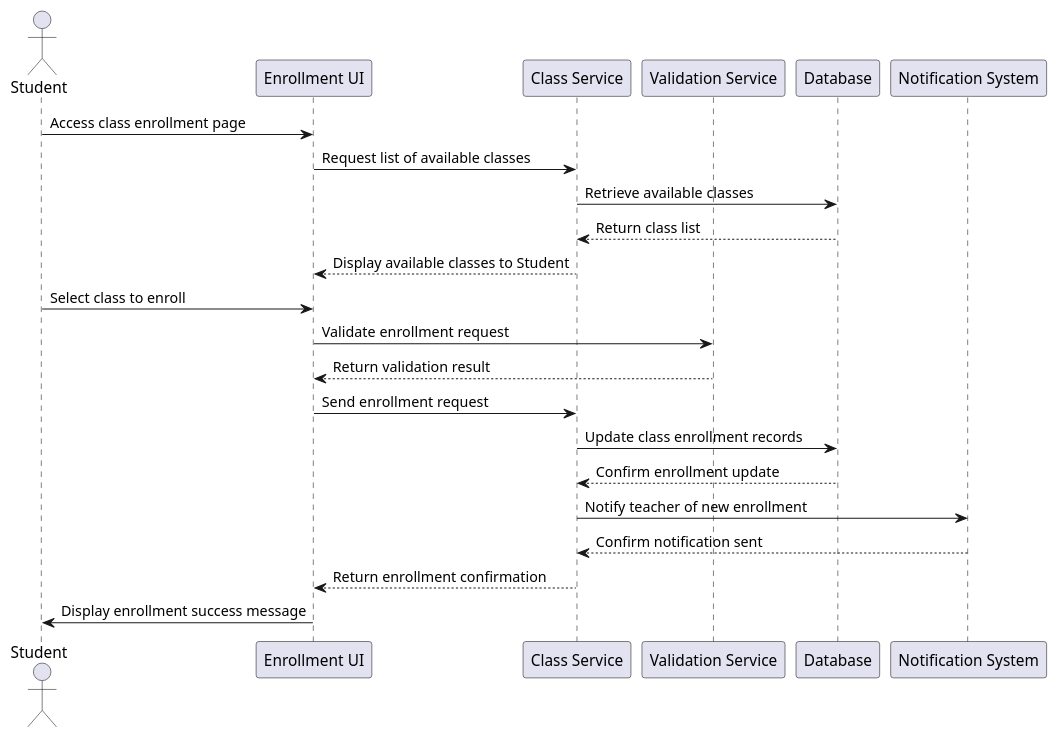
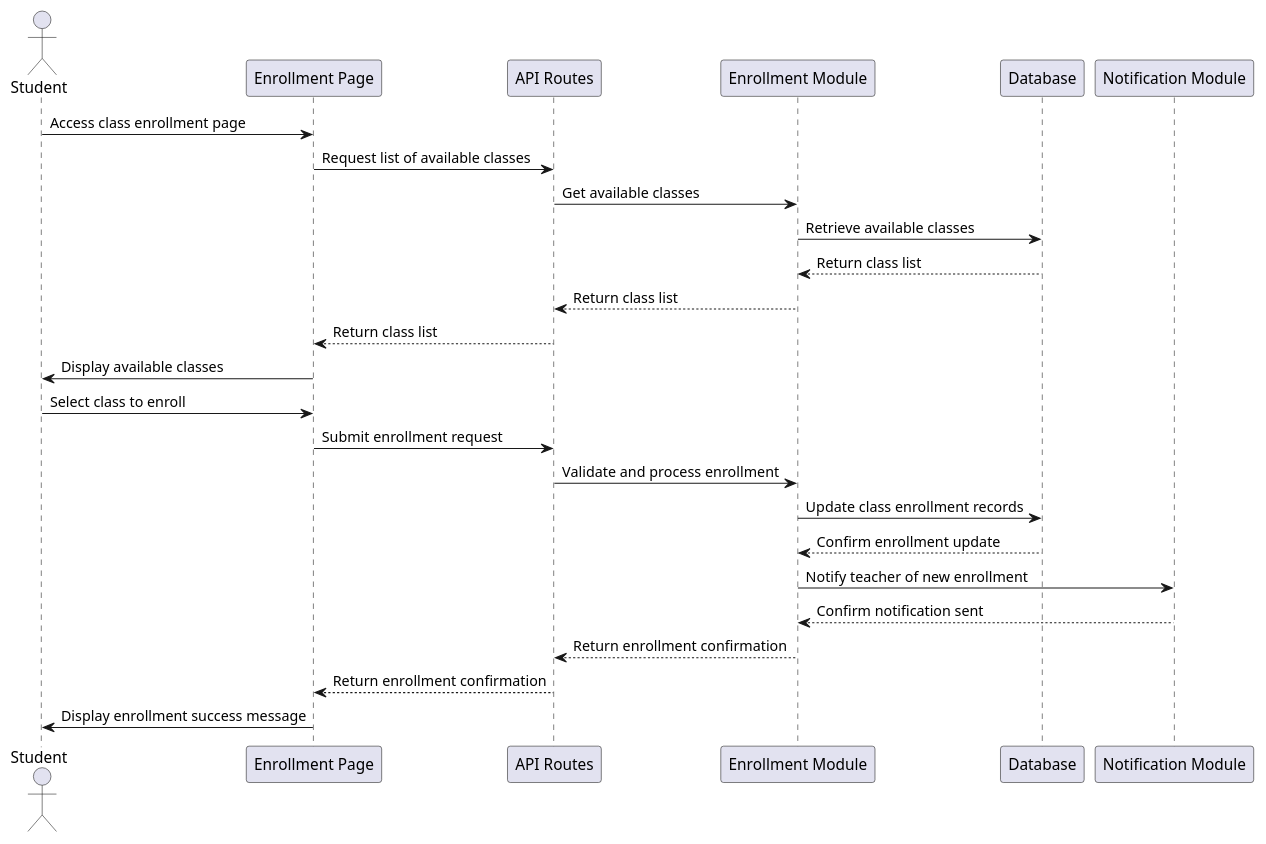
The diagram in projects/jamc/design/diagrams/enrollment-sequence-diagram.puml (alexajuno/notes), drawn with PlantUML before and after one commit. The commit also changed 37 other files, not shown here.

Commit message:
Refactor JAMC project documentation and diagrams; update workspace settings in Obsidian. Removed outdated daily notes and added new diagrams for class management, course monetization, and user registration processes. Updated workspace.json to reflect recent changes in active files and titles.

```diff
--- a/projects/jamc/design/diagrams/enrollment-sequence-diagram.puml
+++ b/projects/jamc/design/diagrams/enrollment-sequence-diagram.puml
@@ -1,27 +1,31 @@
-@startuml enrollment-sequence-diagram
+@startuml Enrollment Sequence Diagram Updated
 
 actor Student
-participant "Enrollment UI" as EnrollUI
-participant "Class Service" as ClassService
-participant "Validation Service" as ValidationService
-participant "Database" as DB
-participant "Notification System" as NotificationService
+participant "Enrollment Page" as EnrollPage
+participant "API Routes" as APIRoutes
+participant "Enrollment Module" as EnrollModule
+participant "Database" as Database
+participant "Notification Module" as NotificationModule
 
-Student -> EnrollUI: Access class enrollment page
-EnrollUI -> ClassService: Request list of available classes
-ClassService -> DB: Retrieve available classes
-DB --> ClassService: Return class list
-ClassService --> EnrollUI: Display available classes to Student
+Student -> EnrollPage: Access class enrollment page
+EnrollPage -> APIRoutes: Request list of available classes
+APIRoutes -> EnrollModule: Get available classes
+EnrollModule -> Database: Retrieve available classes
+Database --> EnrollModule: Return class list
+EnrollModule --> APIRoutes: Return class list
+APIRoutes --> EnrollPage: Return class list
+EnrollPage -> Student: Display available classes
 
-Student -> EnrollUI: Select class to enroll
-EnrollUI -> ValidationService: Validate enrollment request
-ValidationService --> EnrollUI: Return validation result
-EnrollUI -> ClassService: Send enrollment request
-ClassService -> DB: Update class enrollment records
-DB --> ClassService: Confirm enrollment update
-ClassService -> NotificationService: Notify teacher of new enrollment
-NotificationService --> ClassService: Confirm notification sent
-ClassService --> EnrollUI: Return enrollment confirmation
+Student -> EnrollPage: Select class to enroll
+EnrollPage -> APIRoutes: Submit enrollment request
+APIRoutes -> EnrollModule: Validate and process enrollment
+EnrollModule -> Database: Update class enrollment records
+Database --> EnrollModule: Confirm enrollment update
+EnrollModule -> NotificationModule: Notify teacher of new enrollment
+NotificationModule --> EnrollModule: Confirm notification sent
+EnrollModule --> APIRoutes: Return enrollment confirmation
+APIRoutes --> EnrollPage: Return enrollment confirmation
 
-EnrollUI -> Student: Display enrollment success message
+EnrollPage -> Student: Display enrollment success message
+
 @enduml
```
